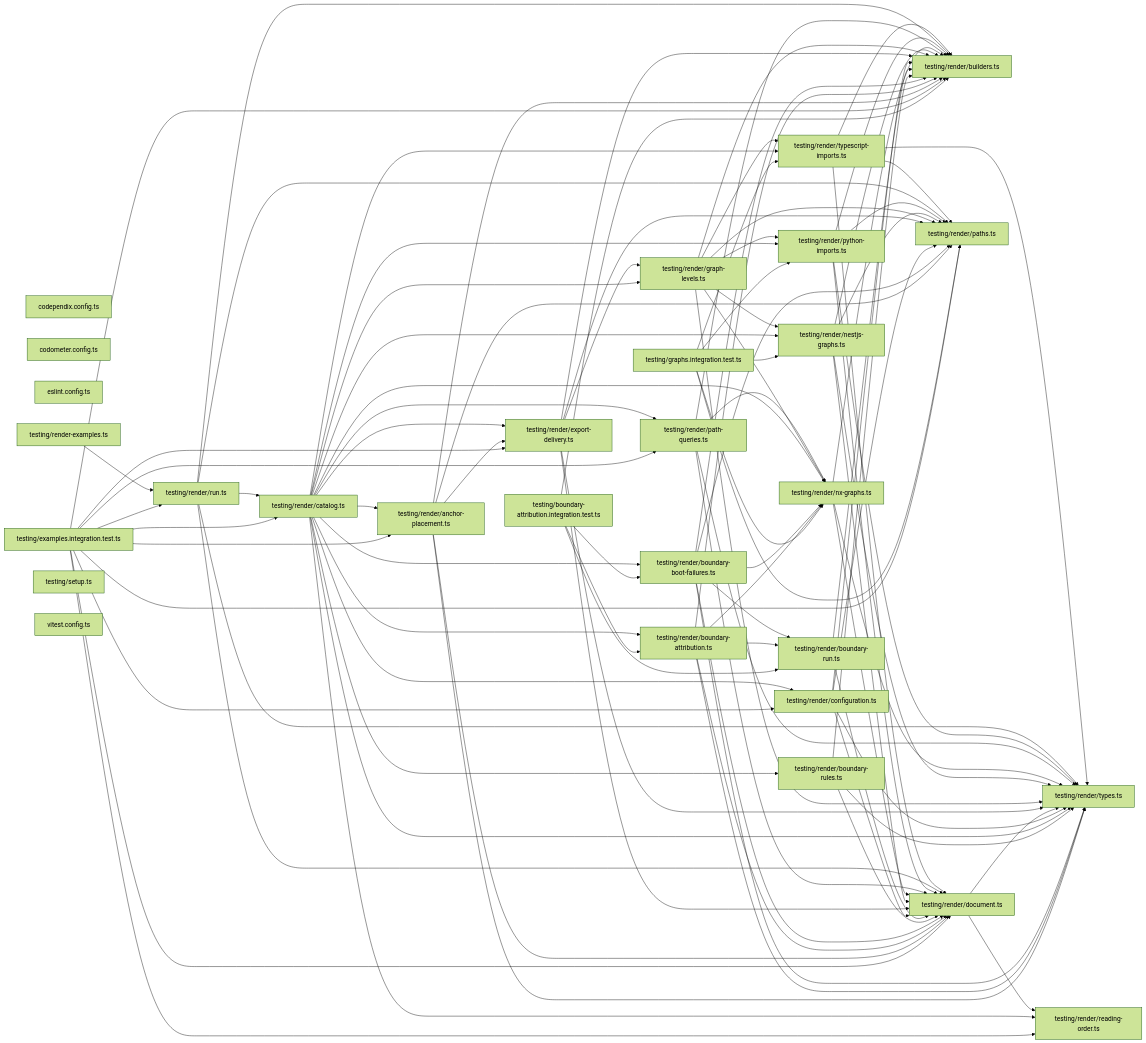
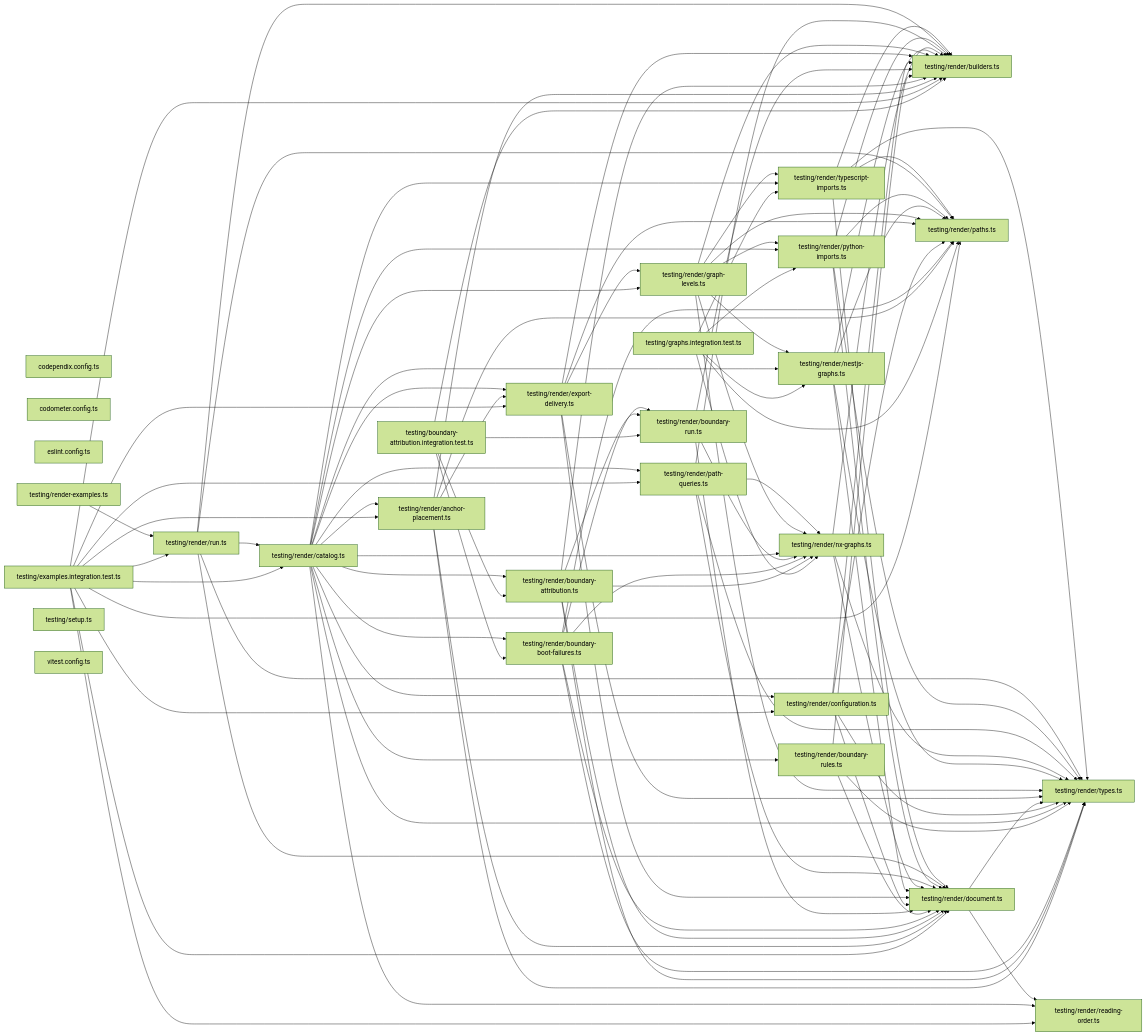
One commit to Organizzolini/codebase changed the second of 2 diagrams in packages/ic-suite/codependix/codependix-examples/README.md. Above: the diagram before and after it, drawn with Mermaid (forest theme). The commit also changed 5 other files, not shown here.

```diff
--- a/packages/ic-suite/codependix/codependix-examples/README.md
+++ b/packages/ic-suite/codependix/codependix-examples/README.md
@@ -288,7 +288,6 @@
   file_testing_render_boundary_attribution_ts --> file_testing_render_nx_graphs_ts
   file_testing_render_boundary_attribution_ts --> file_testing_render_types_ts
   file_testing_render_boundary_boot_failures_ts --> file_testing_render_boundary_run_ts
-  file_testing_render_boundary_boot_failures_ts --> file_testing_render_builders_ts
   file_testing_render_boundary_boot_failures_ts --> file_testing_render_document_ts
   file_testing_render_boundary_boot_failures_ts --> file_testing_render_nx_graphs_ts
   file_testing_render_boundary_boot_failures_ts --> file_testing_render_paths_ts
@@ -298,6 +297,7 @@
   file_testing_render_boundary_rules_ts --> file_testing_render_types_ts
   file_testing_render_boundary_run_ts --> file_testing_render_builders_ts
   file_testing_render_boundary_run_ts --> file_testing_render_document_ts
+  file_testing_render_boundary_run_ts --> file_testing_render_nx_graphs_ts
   file_testing_render_catalog_ts --> file_testing_render_anchor_placement_ts
   file_testing_render_catalog_ts --> file_testing_render_boundary_attribution_ts
   file_testing_render_catalog_ts --> file_testing_render_boundary_boot_failures_ts
```
